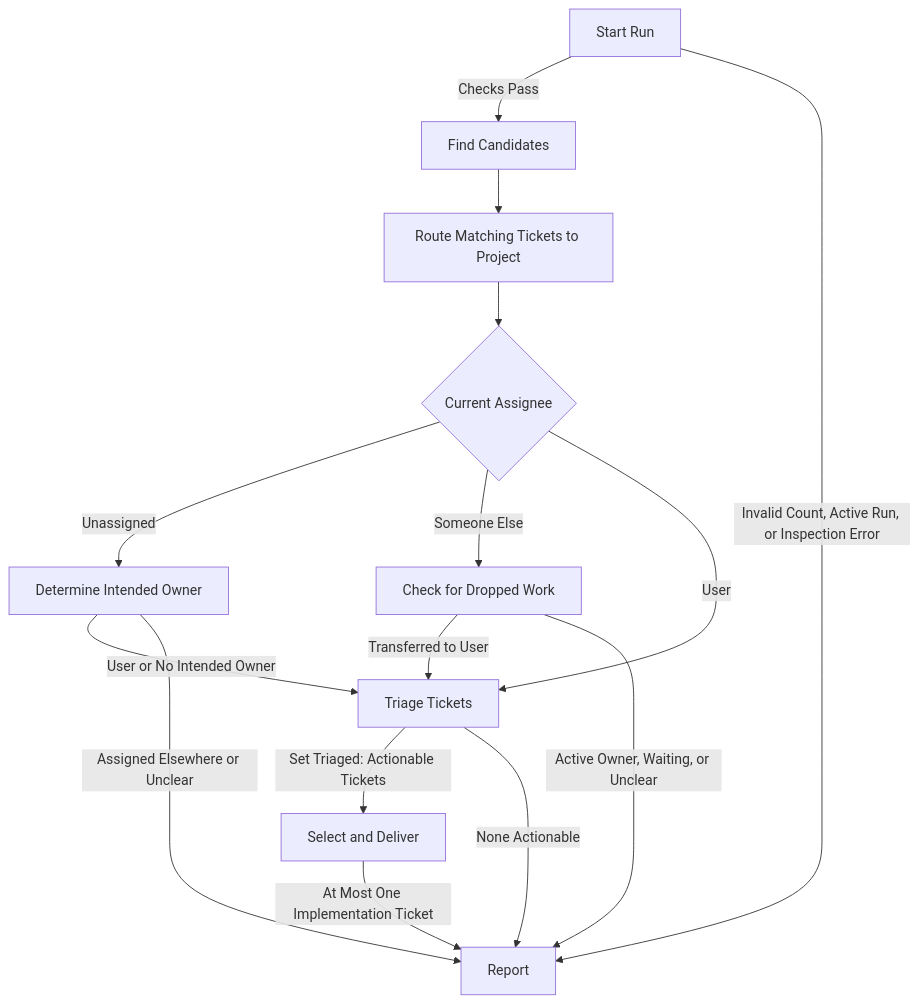
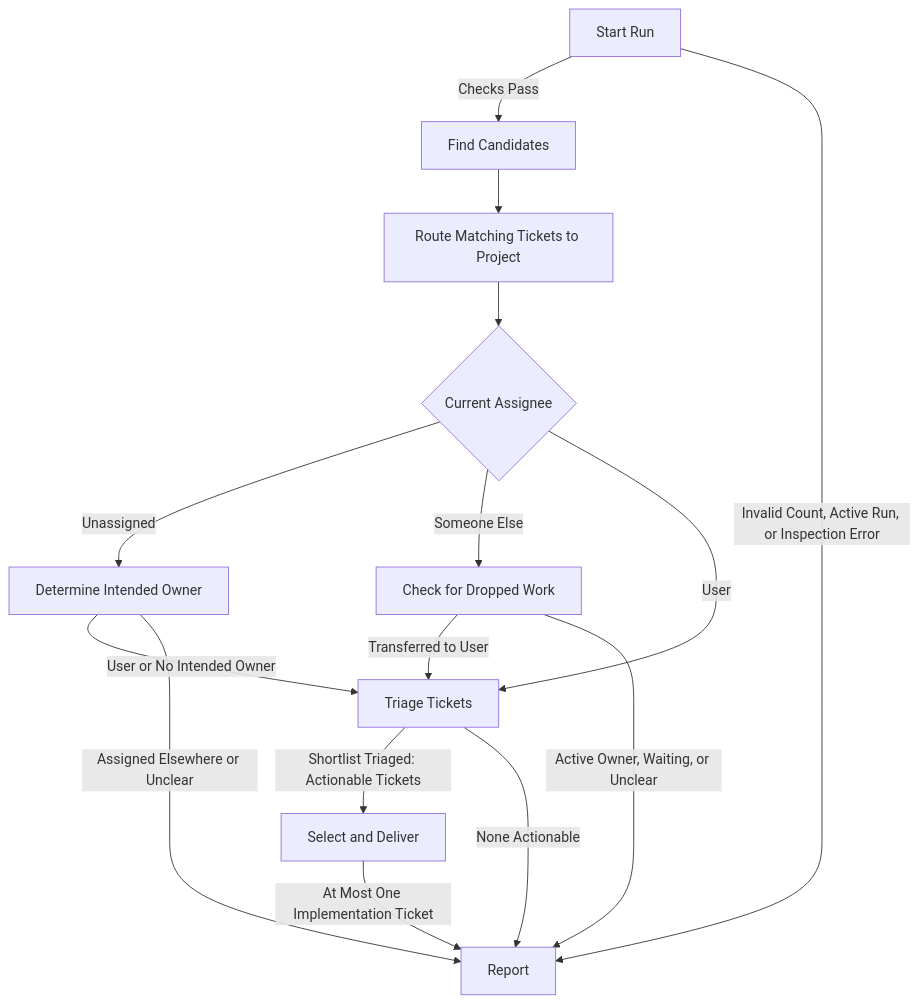
One commit to schmingle/config changed the diagram in .codex/skills/linear-ticket/SKILL.md. Above: the diagram before and after it, drawn with Mermaid. The commit also changed other lines of this file and 27 other files, not shown here.

````diff
--- a/.codex/skills/linear-ticket/SKILL.md
+++ b/.codex/skills/linear-ticket/SKILL.md
@@ -27,17 +27,17 @@
 ```mermaid
 flowchart TD
     Start[Start Run] -->|Checks Pass| Find[Find Candidates]
     Start -->|Invalid Count, Active Run, or Inspection Error| Report[Report]
     Find --> Project[Route Matching Tickets to Project]
     Project --> Owner{Current Assignee}
     Owner -->|Unassigned| Assign[Determine Intended Owner]
     Owner -->|Someone Else| Handoff[Check for Dropped Work]
     Owner -->|User| Triage[Triage Tickets]
     Assign -->|User or No Intended Owner| Triage
     Assign -->|Assigned Elsewhere or Unclear| Report
     Handoff -->|Transferred to User| Triage
     Handoff -->|Active Owner, Waiting, or Unclear| Report
-    Triage -->|Set Triaged: Actionable Tickets| Deliver[Select and Deliver]
+    Triage -->|Shortlist Triaged: Actionable Tickets| Deliver[Select and Deliver]
     Triage -->|None Actionable| Report
     Deliver -->|At Most One Implementation Ticket| Report
 ```
````
